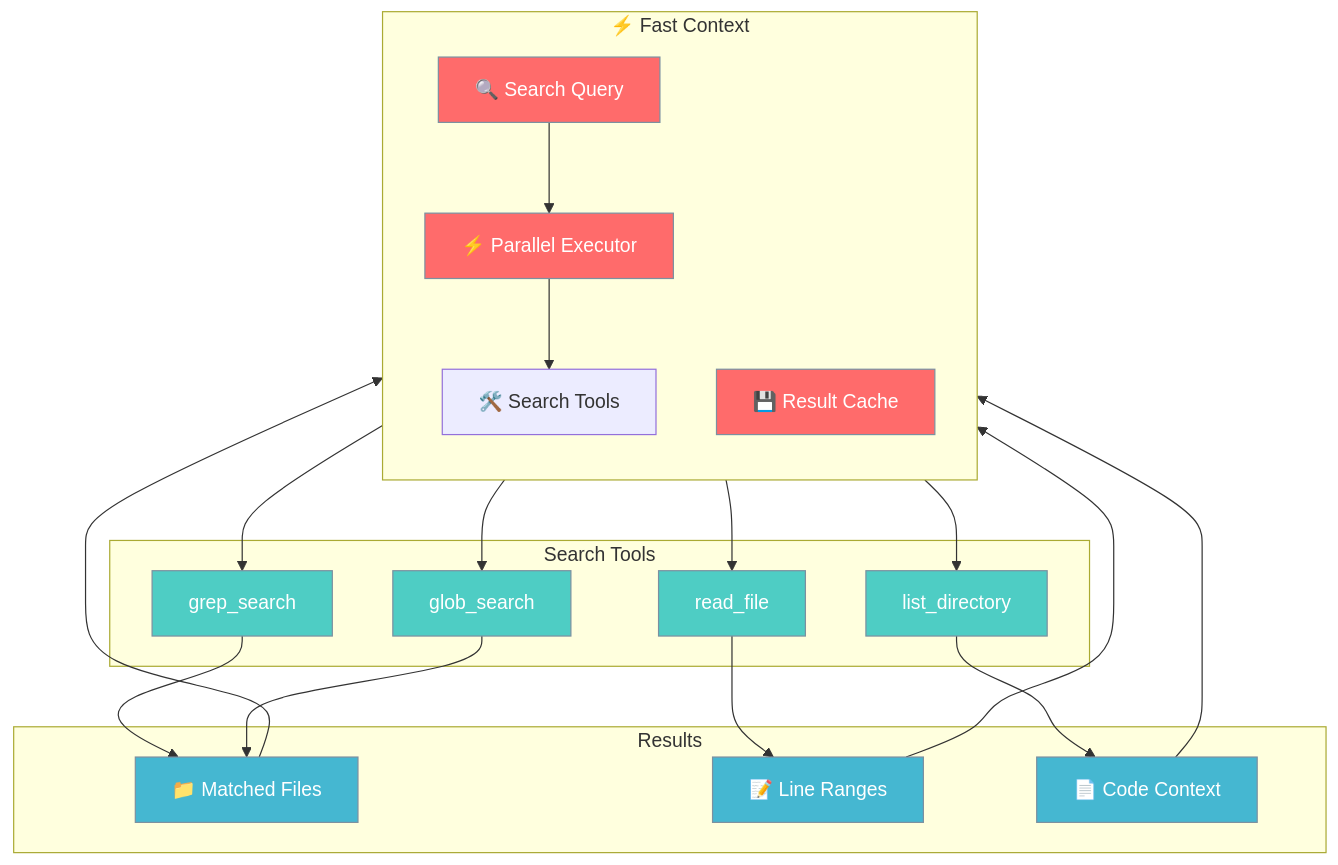
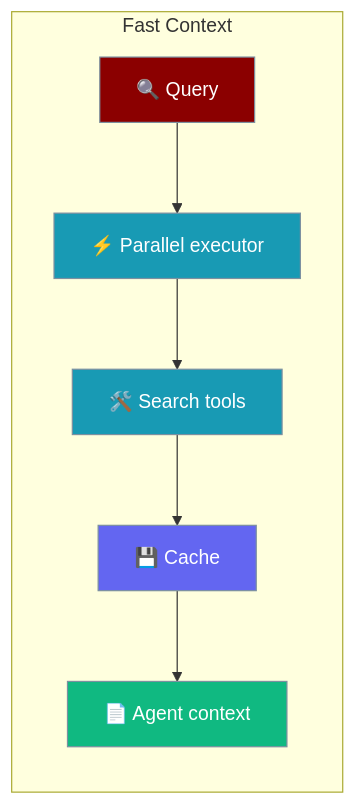
The diagram in docs/features/fast-context.mdx (MervinPraison/PraisonAIDocs), drawn with Mermaid before and after one commit. The commit also changed other lines of this file and 2 other files, not shown here.

````diff
--- a/docs/features/fast-context.mdx
+++ b/docs/features/fast-context.mdx
@@ -15,47 +9,19 @@
 ```mermaid
-graph TB
-    subgraph FastContext["⚡ Fast Context"]
-        direction TB
-        Query[🔍 Search Query]
-        Parallel[⚡ Parallel Executor]
-        Tools[🛠️ Search Tools]
-        Cache[💾 Result Cache]
+graph LR
+    subgraph "Fast Context"
+        Query[🔍 Query] --> Parallel[⚡ Parallel executor]
+        Parallel --> Tools[🛠️ Search tools]
+        Tools --> Cache[💾 Cache]
+        Cache --> Context[📄 Agent context]
     end
-    
-    subgraph SearchTools["Search Tools"]
-        Grep[grep_search]
-        Glob[glob_search]
-        Read[read_file]
-        List[list_directory]
-    end
-    
-    subgraph Results["Results"]
-        Files[📁 Matched Files]
-        Lines[📝 Line Ranges]
-        Context[📄 Code Context]
-    end
-    
-    Query --> Parallel
-    Parallel --> Tools
-    Tools --> Grep
-    Tools --> Glob
-    Tools --> Read
-    Tools --> List
-    
-    Grep --> Files
-    Glob --> Files
-    Read --> Lines
-    List --> Context
-    
-    Files --> Cache
-    Lines --> Cache
-    Context --> Cache
-    
-    classDef fast fill:#FF6B6B,stroke:#7C90A0,color:#fff
-    classDef tools fill:#4ECDC4,stroke:#7C90A0,color:#fff
-    classDef results fill:#45B7D1,stroke:#7C90A0,color:#fff
-    
-    class Query,Parallel,Cache fast
-    class Grep,Glob,Read,List tools
-    class Files,Lines,Context results
+
+    classDef agent fill:#8B0000,stroke:#7C90A0,color:#fff
+    classDef process fill:#189AB4,stroke:#7C90A0,color:#fff
+    classDef config fill:#6366F1,stroke:#7C90A0,color:#fff
+    classDef result fill:#10B981,stroke:#7C90A0,color:#fff
+
+    class Query agent
+    class Parallel,Tools process
+    class Cache config
+    class Context result
 ```
````
